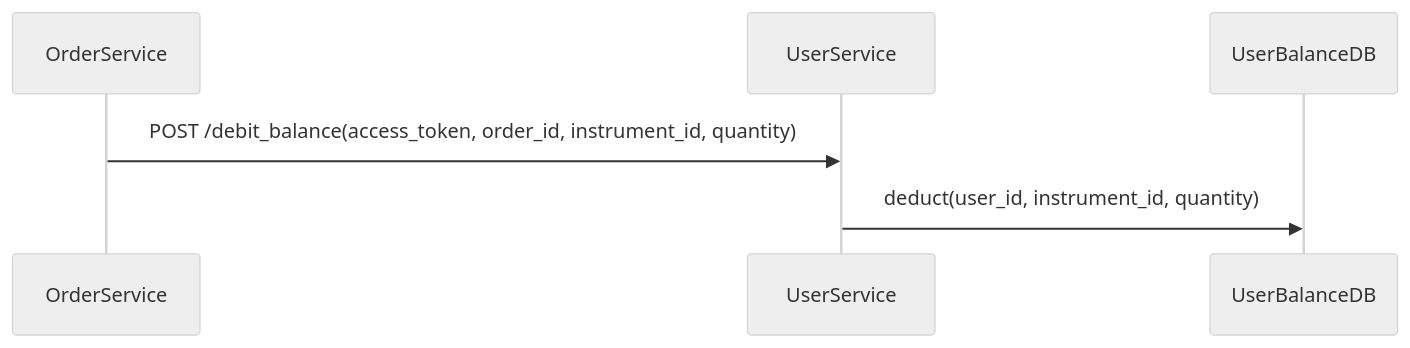
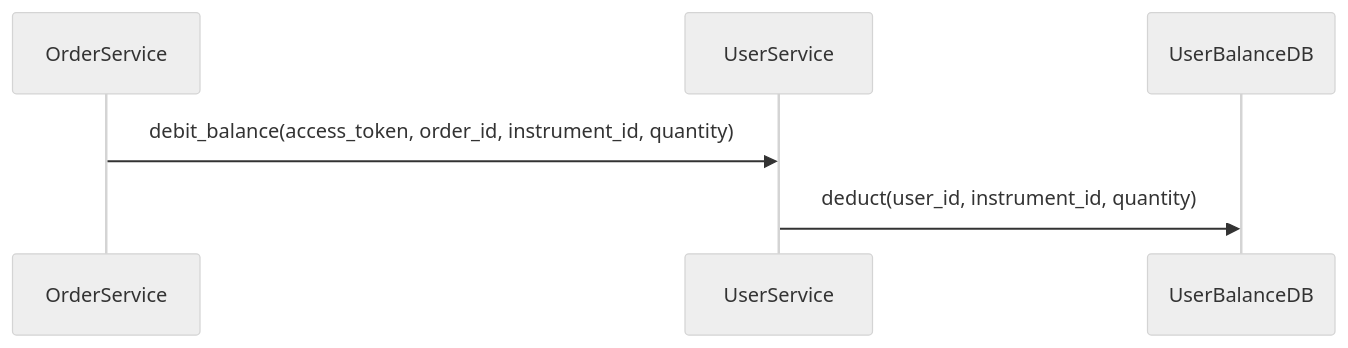
One commit to tungminh111/Crypto-Exchange-System changed the eighth of 8 diagrams in document/UserServiceDesign.md. Above: the diagram before and after it, drawn with Mermaid (neutral theme). The commit also changed other lines of this file and 1 other file, not shown here.

Commit message:
fix mermaid format

````diff
--- a/document/UserServiceDesign.md
+++ b/document/UserServiceDesign.md
@@ -101,8 +101,8 @@
 ```mermaid
 sequenceDiagram
     participant os as OrderService
     participant us as UserService
     participant ubdb as UserBalanceDB
-    os ->> us: POST /debit_balance(access_token, order_id, instrument_id, quantity)
+    os ->> us: debit_balance(access_token, order_id, instrument_id, quantity)
     us ->> ubdb: deduct(user_id, instrument_id, quantity)
 ```
````
